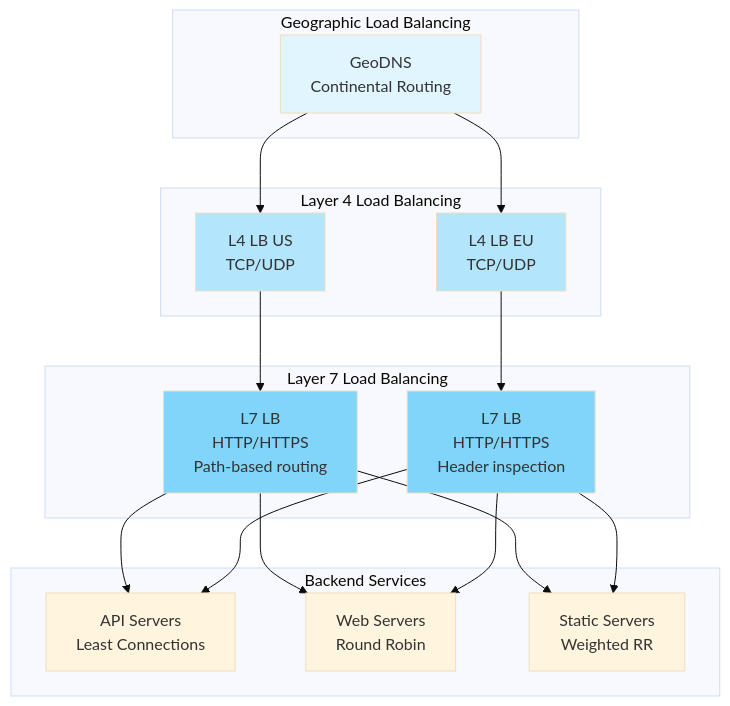
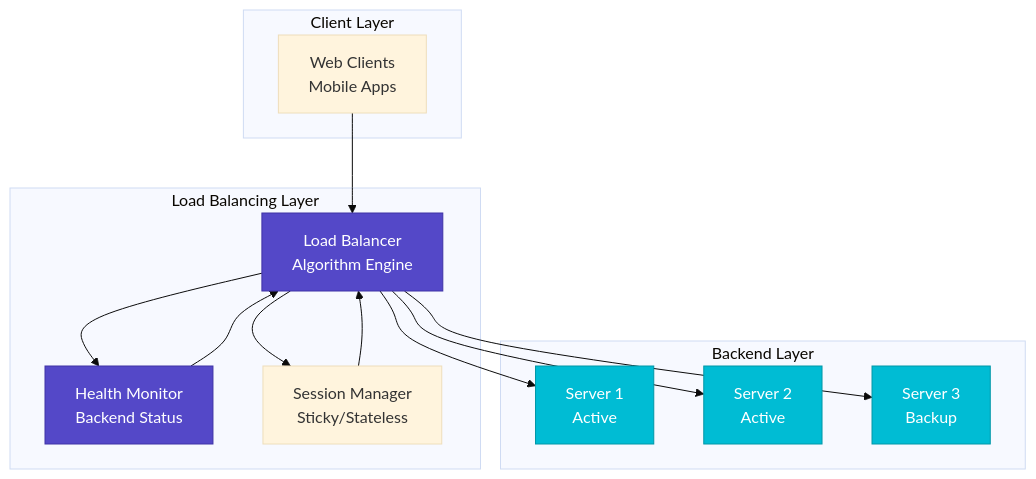
One commit to deepaucksharma/DStudio changed the second of 6 diagrams in docs/pattern-library/scaling/load-balancing.md. Above: the diagram before and after it, drawn with Mermaid (base theme). The commit also changed other lines of this file and 23 other files, not shown here.

````diff
--- a/docs/pattern-library/scaling/load-balancing.md
+++ b/docs/pattern-library/scaling/load-balancing.md
@@ -64,33 +113,34 @@
 ```mermaid
 graph TB
-    subgraph "Geographic Load Balancing"
-        DNS[GeoDNS<br/>Continental Routing]
+    subgraph "Client Layer"
+        A[Web Clients<br/>Mobile Apps]
     end
     
-    subgraph "Layer 4 Load Balancing"
-        L4_US[L4 LB US<br/>TCP/UDP]
-        L4_EU[L4 LB EU<br/>TCP/UDP]
+    subgraph "Load Balancing Layer"
+        B[Load Balancer<br/>Algorithm Engine]
+        C[Health Monitor<br/>Backend Status]
+        D[Session Manager<br/>Sticky/Stateless]
     end
     
-    subgraph "Layer 7 Load Balancing"
-        L7_1[L7 LB<br/>HTTP/HTTPS<br/>Path-based routing]
-        L7_2[L7 LB<br/>HTTP/HTTPS<br/>Header inspection]
+    subgraph "Backend Layer"
+        E[Server 1<br/>Active]
+        F[Server 2<br/>Active]
+        G[Server 3<br/>Backup]
     end
     
-    subgraph "Backend Services"
-        API[API Servers<br/>Least Connections]
-        WEB[Web Servers<br/>Round Robin]
-        STATIC[Static Servers<br/>Weighted RR]
-    end
+    A --> B
+    B --> C
+    B --> D
+    C --> B
+    D --> B
     
-    DNS --> L4_US & L4_EU
-    L4_US --> L7_1
-    L4_EU --> L7_2
-    L7_1 & L7_2 --> API & WEB & STATIC
+    B --> E
+    B --> F
+    B --> G
     
-    style DNS fill:#e1f5fe
-    style L4_US fill:#b3e5fc
-    style L4_EU fill:#b3e5fc
-    style L7_1 fill:#81d4fa
-    style L7_2 fill:#81d4fa
+    classDef primary fill:#5448C8,stroke:#3f33a6,color:#fff
+    classDef secondary fill:#00BCD4,stroke:#0097a7,color:#fff
+    
+    class B,C primary
+    class E,F,G secondary
 ```
````
